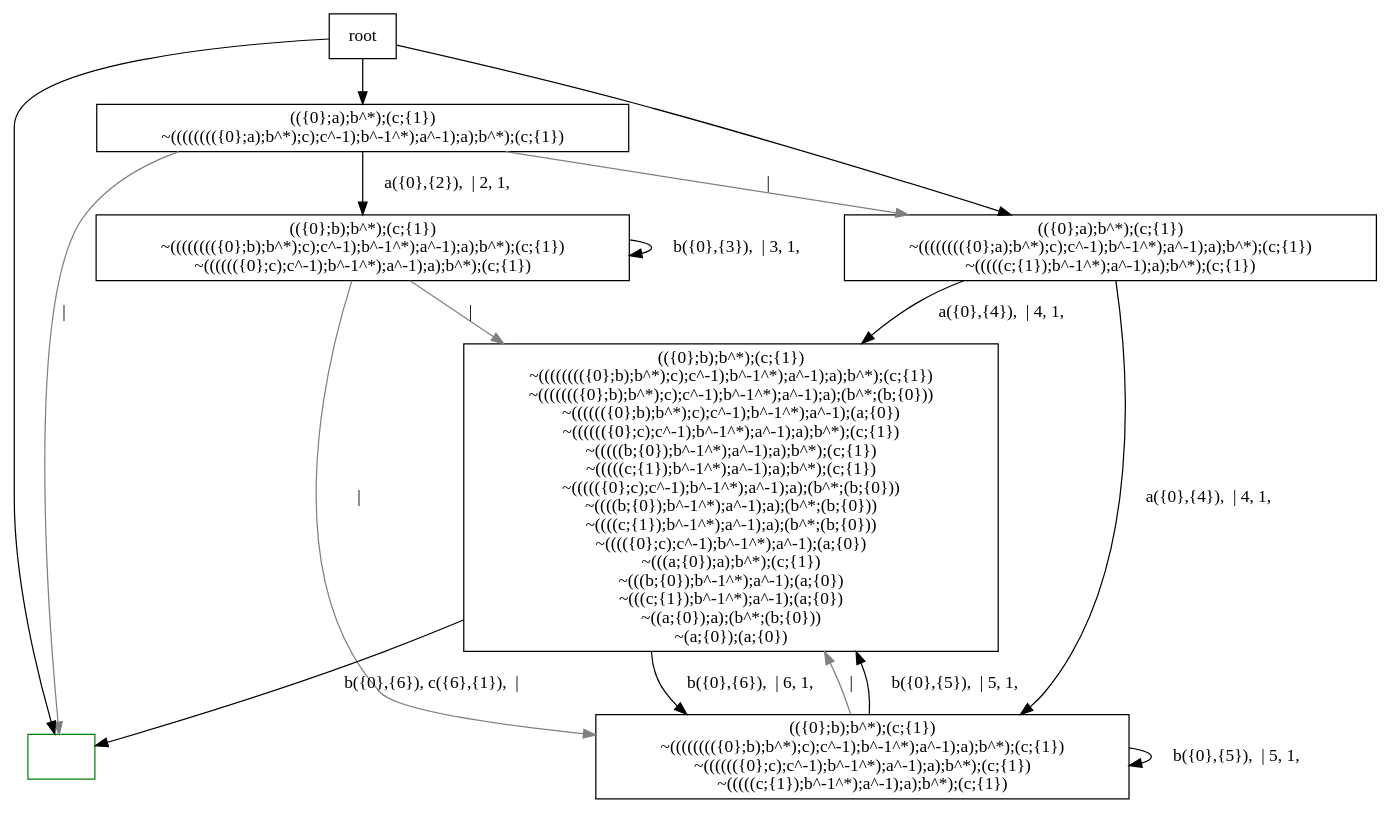
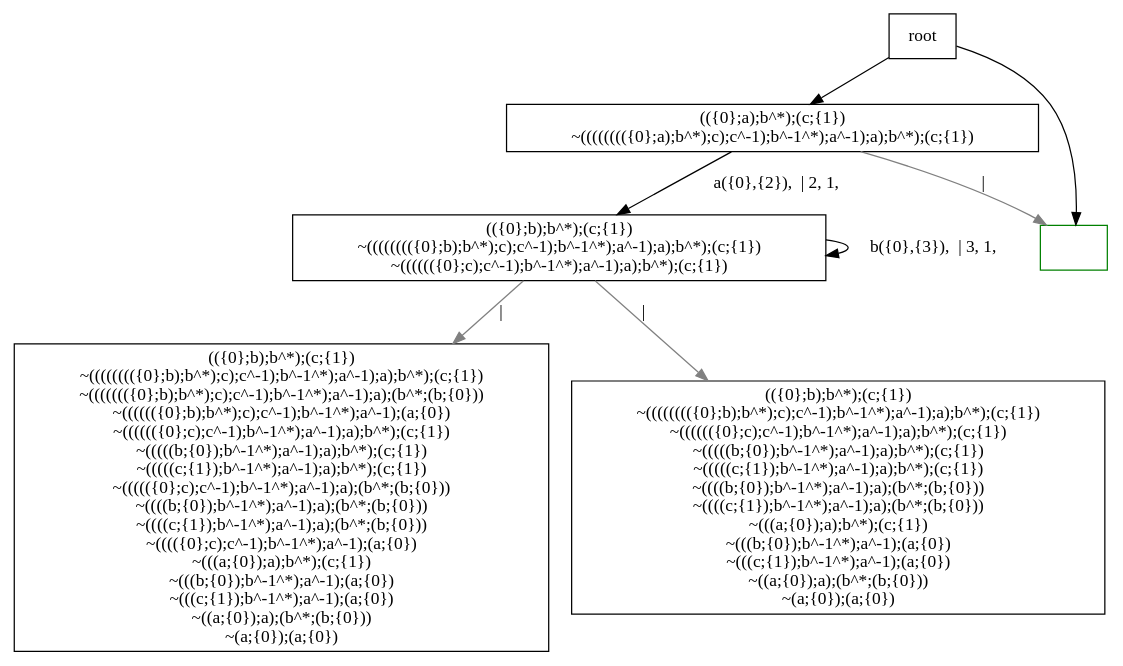
Before and after one commit to jangreen/rat: the diagram in output/regular.dot, drawn with Graphviz. The commit also changed 8 other files, not shown here.

```diff
--- a/output/regular.dot
+++ b/output/regular.dot
@@ -1,78 +1,63 @@
 digraph {
 node[shape="box"]
-N0x136e25e60[tooltip="1585361820027547499
+N0x14a1060f0[tooltip="1585361820027547499
 
 ", label="(({0};a);b^*);(c;{1})
 ~(((((((({0};a);b^*);c);c^-1);b^-1^*);a^-1);a);b^*);(c;{1})
 "];
-N0x136e25e60 -> N0x136e338b0[label ="a({0},{2}),  | 2, 1, 
+N0x14a1060f0 -> N0x14a109730[label ="a({0},{2}),  | 2, 1, 
 "];
-N0x136e25e60 -> N0x136e2f0b0[color="grey", label =" | 
+N0x14a1060f0 -> N0x14a5083f0[color="grey", label =" | 
 "];
-N0x136e25e60 -> N0x1380356e0[color="grey", label =" | 
-"];
-N0x136e338b0[tooltip="9020027867426883216
+N0x14a109730[tooltip="9020027867426883216
 
 ", label="(({0};b);b^*);(c;{1})
 ~(((((((({0};b);b^*);c);c^-1);b^-1^*);a^-1);a);b^*);(c;{1})
 ~(((((({0};c);c^-1);b^-1^*);a^-1);a);b^*);(c;{1})
 "];
-N0x136e338b0 -> N0x136e338b0[label ="b({0},{3}),  | 3, 1, 
+N0x14a109730 -> N0x14a109730[label ="b({0},{3}),  | 3, 1, 
 "];
-N0x136e338b0 -> N0x13803a470[color="grey", label =" | 
+N0x14a109730 -> N0x148e46310[color="grey", label =" | 
 "];
-N0x136e338b0 -> N0x136e403f0[color="grey", label =" | 
+N0x14a109730 -> N0x14a025c80[color="grey", label =" | 
 "];
-N0x13803a470[tooltip="17605422312901839584
+N0x148e46310[tooltip="17605422312901839584
 
 ", label="(({0};b);b^*);(c;{1})
 ~(((((((({0};b);b^*);c);c^-1);b^-1^*);a^-1);a);b^*);(c;{1})
 ~((((((({0};b);b^*);c);c^-1);b^-1^*);a^-1);a);(b^*;(b;{0}))
 ~(((((({0};b);b^*);c);c^-1);b^-1^*);a^-1);(a;{0})
 ~(((((({0};c);c^-1);b^-1^*);a^-1);a);b^*);(c;{1})
 ~(((((b;{0});b^-1^*);a^-1);a);b^*);(c;{1})
 ~(((((c;{1});b^-1^*);a^-1);a);b^*);(c;{1})
 ~((((({0};c);c^-1);b^-1^*);a^-1);a);(b^*;(b;{0}))
 ~((((b;{0});b^-1^*);a^-1);a);(b^*;(b;{0}))
 ~((((c;{1});b^-1^*);a^-1);a);(b^*;(b;{0}))
 ~(((({0};c);c^-1);b^-1^*);a^-1);(a;{0})
 ~(((a;{0});a);b^*);(c;{1})
 ~(((b;{0});b^-1^*);a^-1);(a;{0})
 ~(((c;{1});b^-1^*);a^-1);(a;{0})
 ~((a;{0});a);(b^*;(b;{0}))
 ~(a;{0});(a;{0})
 "];
-N0x13803a470 -> N0x136e403f0[label ="b({0},{6}),  | 6, 1, 
-"];
-N0x13803a470 -> N0x136e2f0b0[label ="b({0},{6}), c({6},{1}),  | 
-"];
-N0x136e403f0[tooltip="17294125584282890082
+N0x14a025c80[tooltip="2979633819203347155
 
 ", label="(({0};b);b^*);(c;{1})
 ~(((((((({0};b);b^*);c);c^-1);b^-1^*);a^-1);a);b^*);(c;{1})
 ~(((((({0};c);c^-1);b^-1^*);a^-1);a);b^*);(c;{1})
+~(((((b;{0});b^-1^*);a^-1);a);b^*);(c;{1})
 ~(((((c;{1});b^-1^*);a^-1);a);b^*);(c;{1})
+~((((b;{0});b^-1^*);a^-1);a);(b^*;(b;{0}))
+~((((c;{1});b^-1^*);a^-1);a);(b^*;(b;{0}))
+~(((a;{0});a);b^*);(c;{1})
+~(((b;{0});b^-1^*);a^-1);(a;{0})
+~(((c;{1});b^-1^*);a^-1);(a;{0})
+~((a;{0});a);(b^*;(b;{0}))
+~(a;{0});(a;{0})
 "];
-N0x136e403f0 -> N0x136e403f0[label ="b({0},{5}),  | 5, 1, 
-"];
-N0x136e403f0 -> N0x13803a470[color="grey", label =" | 
-"];
-N0x136e403f0 -> N0x13803a470[label ="b({0},{5}),  | 5, 1, 
-"];
-N0x136e2f0b0[tooltip="0
+N0x14a5083f0[tooltip="0
 
 ", label="", color=green];
-N0x1380356e0[tooltip="6364604864270085675
-
-", label="(({0};a);b^*);(c;{1})
-~(((((((({0};a);b^*);c);c^-1);b^-1^*);a^-1);a);b^*);(c;{1})
-~(((((c;{1});b^-1^*);a^-1);a);b^*);(c;{1})
-"];
-N0x1380356e0 -> N0x136e403f0[label ="a({0},{4}),  | 4, 1, 
-"];
-N0x1380356e0 -> N0x13803a470[label ="a({0},{4}),  | 4, 1, 
-"];
-root -> N0x136e25e60;
-root -> N0x136e2f0b0;
-root -> N0x1380356e0;
+root -> N0x14a1060f0;
+root -> N0x14a5083f0;
 }
```
